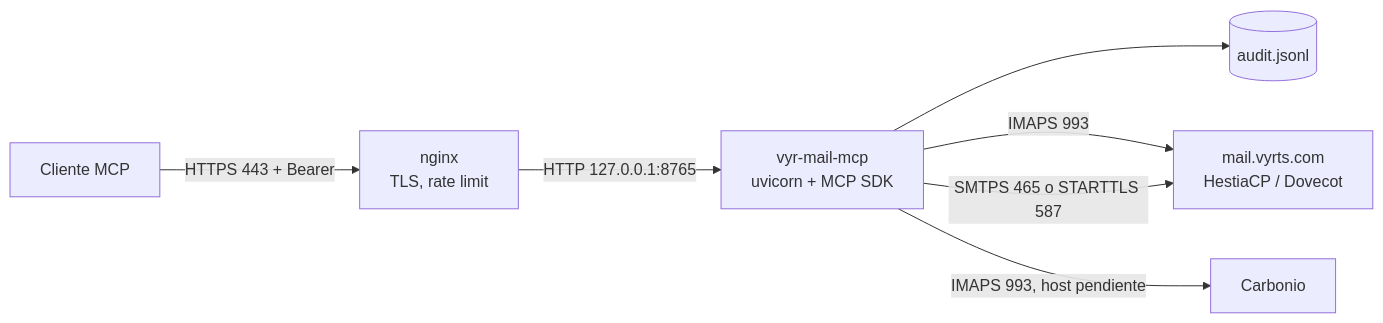
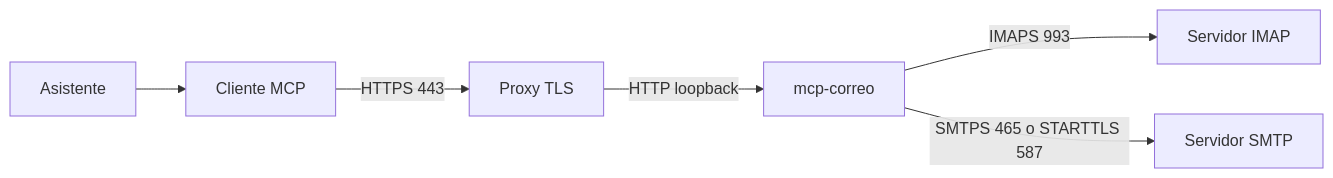
The diagram in README.md (davidneyra2804/mcp-correo), drawn with Mermaid before and after one commit. The commit also changed other lines of this file and 29 other files, not shown here.

````diff
--- a/README.md
+++ b/README.md
@@ -9,9 +61,15 @@
 ```mermaid
 flowchart LR
-  G[Cliente MCP] -- "HTTPS 443 + Bearer" --> N[nginx<br/>TLS, rate limit]
-  N -- "HTTP 127.0.0.1:8765" --> S[vyr-mail-mcp<br/>uvicorn + MCP SDK]
-  S --> L[(audit.jsonl)]
-  S -- "IMAPS 993" --> H[mail.vyrts.com<br/>HestiaCP / Dovecot]
-  S -- "SMTPS 465 o STARTTLS 587" --> H
-  S -- "IMAPS 993, host pendiente" --> C[Carbonio]
+  asistente[Asistente]
+  cliente[Cliente MCP]
+  proxy[Proxy TLS]
+  mcp[mcp-correo]
+  imap[Servidor IMAP]
+  smtp[Servidor SMTP]
+
+  asistente --> cliente
+  cliente -->|"HTTPS 443"| proxy
+  proxy -->|"HTTP loopback"| mcp
+  mcp -->|"IMAPS 993"| imap
+  mcp -->|"SMTPS 465 o STARTTLS 587"| smtp
 ```
````
